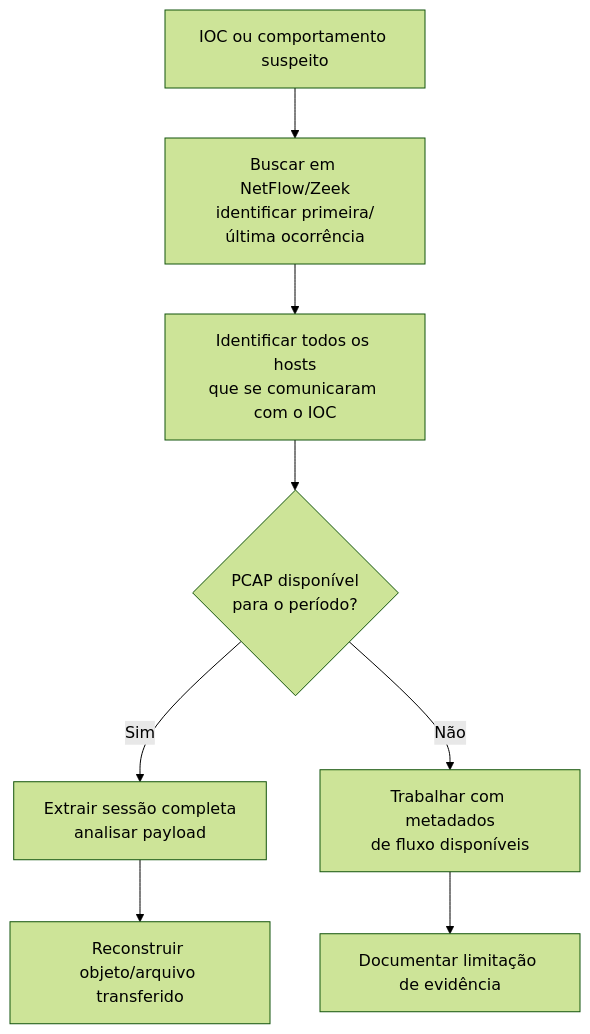
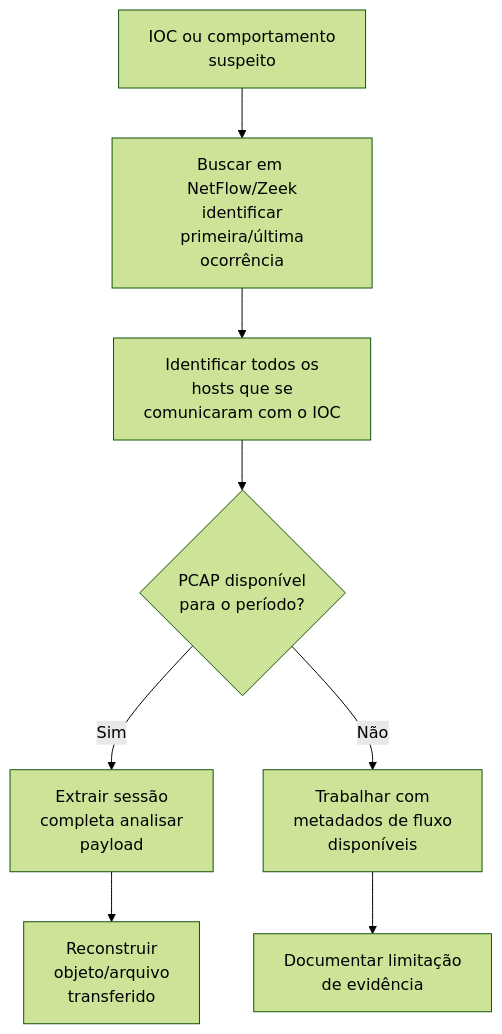
Before and after one commit to LuucasVerdun/Cyber-Attack-Analysis-Framework: the diagram in Network-Forensics/README.md, drawn with Mermaid (forest theme). The commit also changed 28 other files, not shown here.

````diff
--- a/Network-Forensics/README.md
+++ b/Network-Forensics/README.md
@@ -17,10 +17,10 @@
 ```mermaid
 flowchart TD
-    A[IOC ou comportamento suspeito] --> B[Buscar em NetFlow/Zeek<br/>identificar primeira/última ocorrência]
-    B --> C[Identificar todos os hosts<br/>que se comunicaram com o IOC]
+    A[IOC ou comportamento<br/>suspeito] --> B[Buscar em NetFlow/Zeek<br/>identificar<br/>primeira/última<br/>ocorrência]
+    B --> C[Identificar todos os<br/>hosts que se<br/>comunicaram com o IOC]
     C --> D{PCAP disponível<br/>para o período?}
-    D -->|Sim| E[Extrair sessão completa<br/>analisar payload]
-    D -->|Não| F[Trabalhar com metadados<br/>de fluxo disponíveis]
-    E --> G[Reconstruir objeto/arquivo transferido]
-    F --> H[Documentar limitação de evidência]
+    D -->|Sim| E[Extrair sessão<br/>completa analisar<br/>payload]
+    D -->|Não| F[Trabalhar com<br/>metadados de fluxo<br/>disponíveis]
+    E --> G[Reconstruir<br/>objeto/arquivo<br/>transferido]
+    F --> H[Documentar limitação<br/>de evidência]
 ```
````
